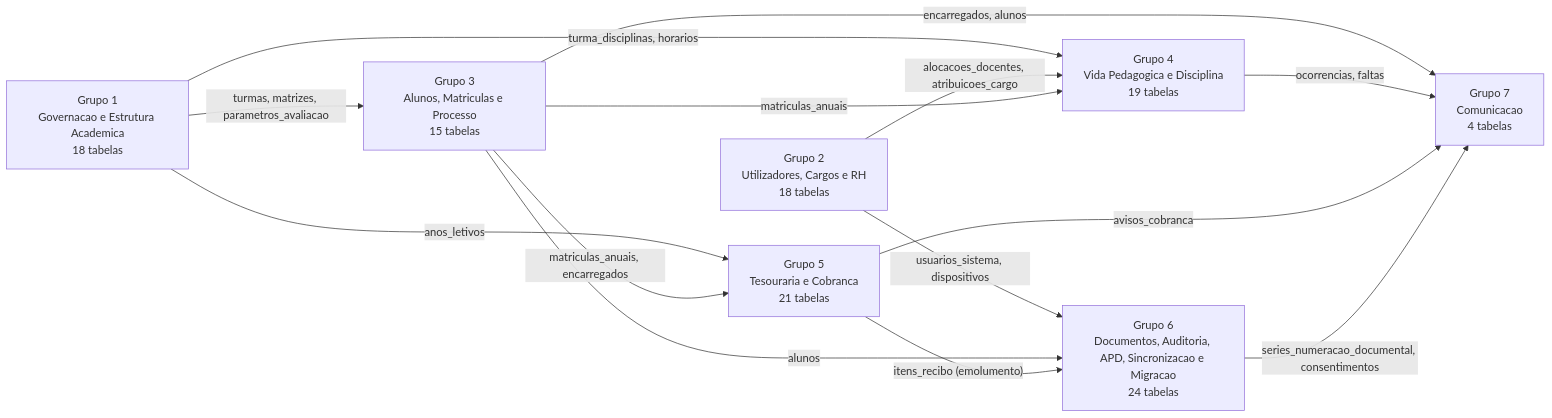
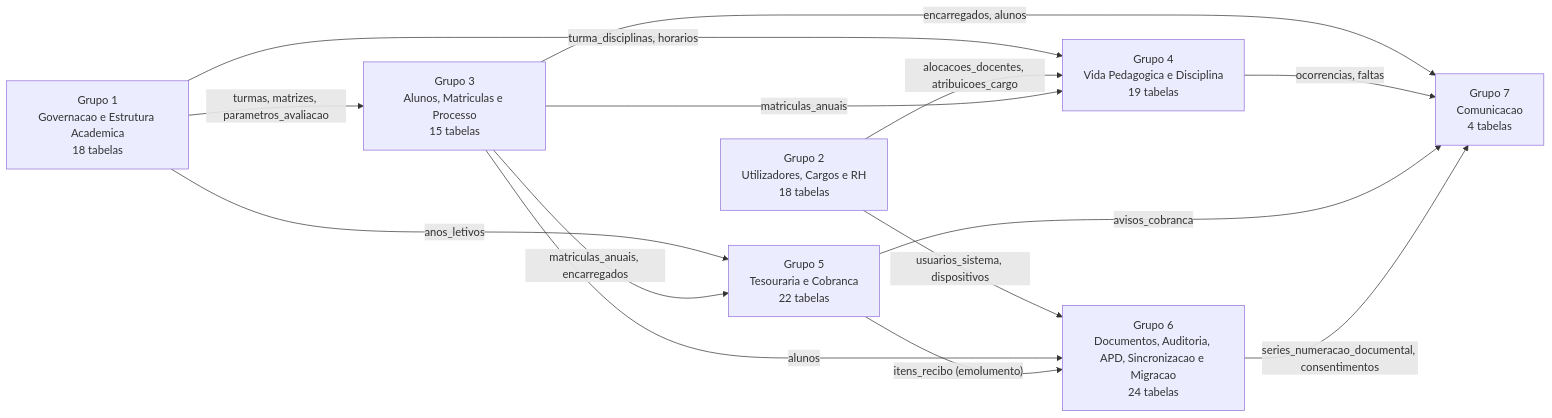
Before and after one commit to Angeloaqp/sge-ipcag-12008: the first of 10 diagrams in 01 - Projetos/SGE - IPCAG 12008 BGO/10 - Especificacao/05 - Modelagem de Dados.md, drawn with Mermaid. The commit also changed other lines of this file and 2 other files, not shown here.

First line of the commit message:
Contagens: DOC-05 com 120 tabelas (contas_bancarias_escola, DEC-023) e 130 US

````diff
--- a/01 - Projetos/SGE - IPCAG 12008 BGO/10 - Especificacao/05 - Modelagem de Dados.md
+++ b/01 - Projetos/SGE - IPCAG 12008 BGO/10 - Especificacao/05 - Modelagem de Dados.md
@@ -249,24 +249,24 @@
 ```mermaid
 flowchart LR
     G1["Grupo 1<br>Governacao e Estrutura Academica<br>18 tabelas"]
     G2["Grupo 2<br>Utilizadores, Cargos e RH<br>18 tabelas"]
     G3["Grupo 3<br>Alunos, Matriculas e Processo<br>15 tabelas"]
     G4["Grupo 4<br>Vida Pedagogica e Disciplina<br>19 tabelas"]
-    G5["Grupo 5<br>Tesouraria e Cobranca<br>21 tabelas"]
+    G5["Grupo 5<br>Tesouraria e Cobranca<br>22 tabelas"]
     G6["Grupo 6<br>Documentos, Auditoria, APD, Sincronizacao e Migracao<br>24 tabelas"]
     G7["Grupo 7<br>Comunicacao<br>4 tabelas"]
 
     G1 -->|"turmas, matrizes, parametros_avaliacao"| G3
     G1 -->|"turma_disciplinas, horarios"| G4
     G1 -->|"anos_letivos"| G5
     G2 -->|"alocacoes_docentes, atribuicoes_cargo"| G4
     G2 -->|"usuarios_sistema, dispositivos"| G6
     G3 -->|"matriculas_anuais"| G4
     G3 -->|"matriculas_anuais, encarregados"| G5
     G3 -->|"alunos"| G6
     G3 -->|"encarregados, alunos"| G7
     G4 -->|"ocorrencias, faltas"| G7
     G5 -->|"itens_recibo (emolumento)"| G6
     G5 -->|"avisos_cobranca"| G7
     G6 -->|"series_numeracao_documental, consentimentos"| G7
 ```
````
